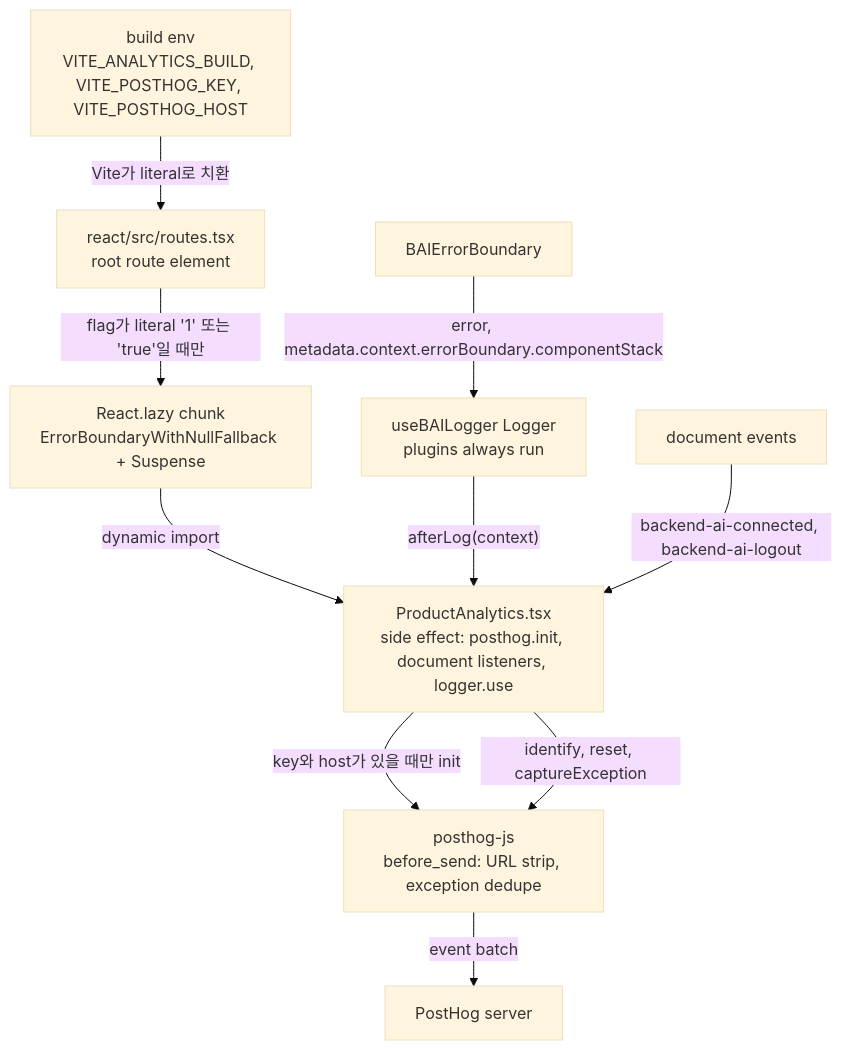
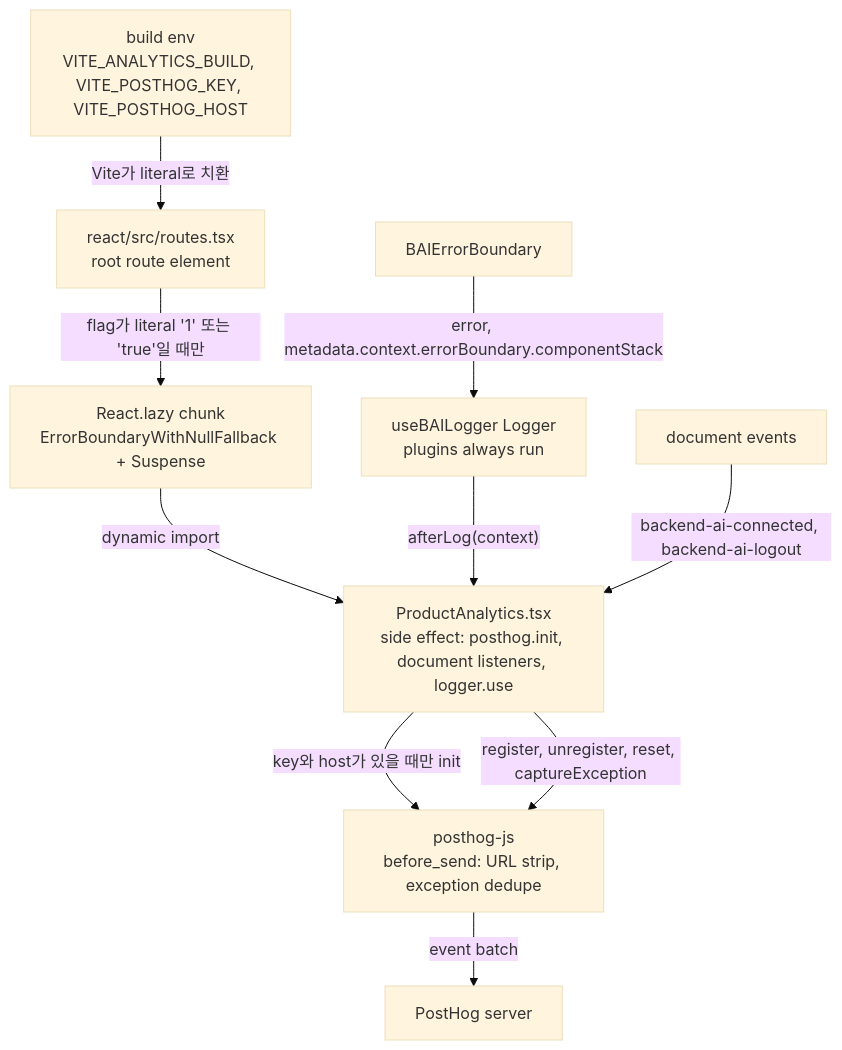
The diagram in docs/adr/0017-opt-in-posthog-analytics-build.md (lablup/backend.ai-webui), drawn with Mermaid (base theme) before and after one commit. The commit also changed other lines of this file and 2 other files, not shown here.

````diff
--- a/docs/adr/0017-opt-in-posthog-analytics-build.md
+++ b/docs/adr/0017-opt-in-posthog-analytics-build.md
@@ -24,21 +24,21 @@
 ```mermaid
 flowchart TD
   env["build env<br/>VITE_ANALYTICS_BUILD, VITE_POSTHOG_KEY, VITE_POSTHOG_HOST"]
   routes["react/src/routes.tsx<br/>root route element"]
   lazy["React.lazy chunk<br/>ErrorBoundaryWithNullFallback + Suspense"]
   pa["ProductAnalytics.tsx<br/>side effect: posthog.init, document listeners, logger.use"]
   sdk["posthog-js<br/>before_send: URL strip, exception dedupe"]
   logger["useBAILogger Logger<br/>plugins always run"]
   boundary["BAIErrorBoundary"]
   doc["document events"]
   server["PostHog server"]
   env -- "Vite가 literal로 치환" --> routes
   routes -- "flag가 literal '1' 또는 'true'일 때만" --> lazy
   lazy -- "dynamic import" --> pa
   pa -- "key와 host가 있을 때만 init" --> sdk
   boundary -- "error, metadata.context.errorBoundary.componentStack" --> logger
   logger -- "afterLog(context)" --> pa
   doc -- "backend-ai-connected, backend-ai-logout" --> pa
-  pa -- "identify, reset, captureException" --> sdk
+  pa -- "register, unregister, reset, captureException" --> sdk
   sdk -- "event batch" --> server
 ```
````
